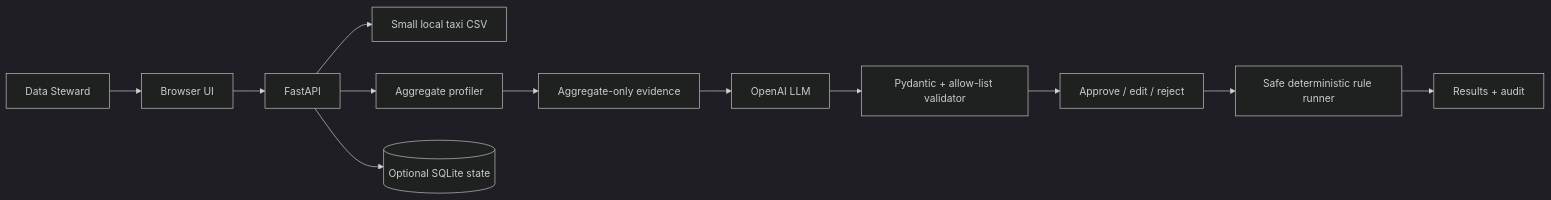
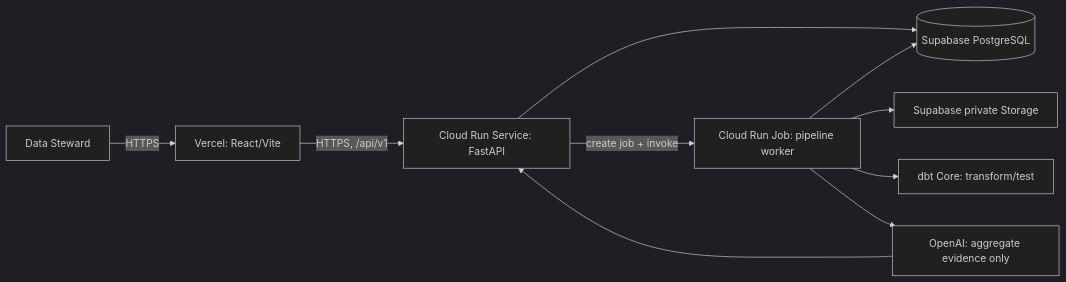
One commit to Phongnhv/P_28_Deploy changed the diagram in docs/gate2-mvp/README.md. Above: the diagram before and after it, drawn with Mermaid (dark theme). The commit also changed other lines of this file and 11 other files, not shown here.

````diff
--- a/docs/gate2-mvp/README.md
+++ b/docs/gate2-mvp/README.md
@@ -47,14 +39,12 @@
 ```mermaid
 flowchart LR
-    Steward["Data Steward"] --> UI["Browser UI"]
-    UI --> API["FastAPI"]
-    API --> CSV["Small local taxi CSV"]
-    API --> Profile["Aggregate profiler"]
-    Profile --> Evidence["Aggregate-only evidence"]
-    Evidence --> LLM["OpenAI LLM"]
-    LLM --> Validate["Pydantic + allow-list validator"]
-    Validate --> HITL["Approve / edit / reject"]
-    HITL --> Runner["Safe deterministic rule runner"]
-    Runner --> Results["Results + audit"]
-    API --> SQLite[("Optional SQLite state")]
+    U["Data Steward"] -->|"HTTPS"| FE["Vercel: React/Vite"]
+    FE -->|"HTTPS, /api/v1"| API["Cloud Run Service: FastAPI"]
+    API -->|"create job + invoke"| JOB["Cloud Run Job: pipeline worker"]
+    API --> DB[("Supabase PostgreSQL")]
+    JOB --> DB
+    JOB --> STORE["Supabase private Storage"]
+    JOB --> DBT["dbt Core: transform/test"]
+    JOB --> LLM["OpenAI: aggregate evidence only"]
+    LLM --> API
 ```
````
